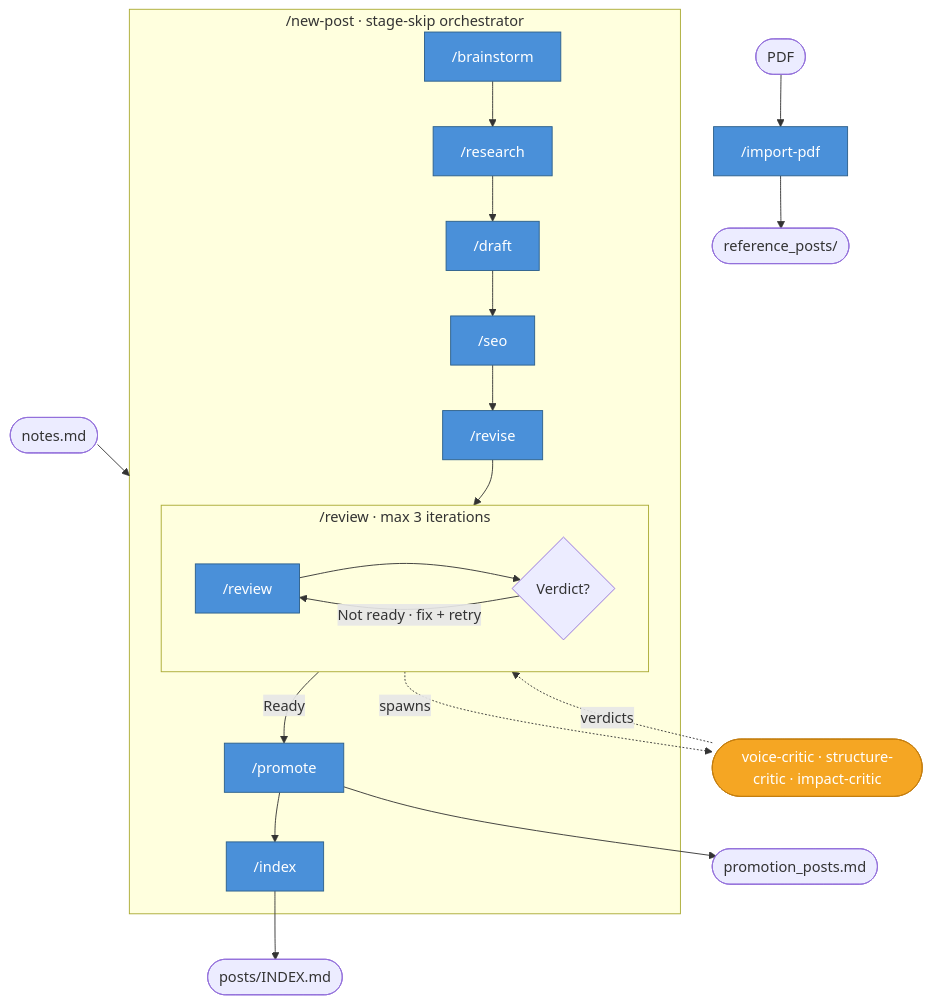
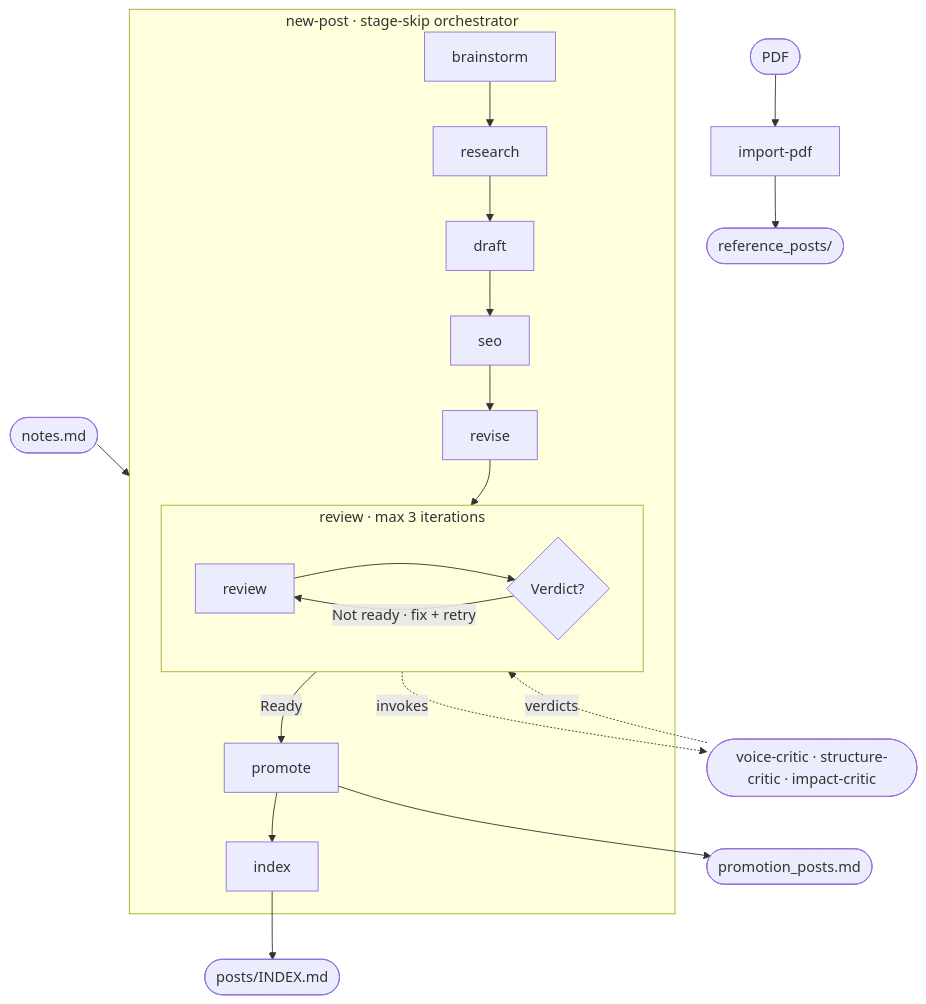
One commit to JoseParrenoGarcia/newsletter-engine changed the diagram in README.md. Above: the diagram before and after it, drawn with Mermaid. The commit also changed other lines of this file and 8 other files, not shown here.

````diff
--- a/README.md
+++ b/README.md
@@ -9,35 +7,30 @@
 ```mermaid
 flowchart TD
-    PDF([PDF]) --> IP["/import-pdf"]
+    PDF([PDF]) --> IP[import-pdf]
     IP --> RP([reference_posts/])
 
     NOTES([notes.md]) --> NP
 
-    subgraph NP ["/new-post  ·  stage-skip orchestrator"]
-        B["/brainstorm"] --> C["/research"]
-        C --> D["/draft"]
-        D --> E["/seo"]
-        E --> F["/revise"]
+    subgraph NP [new-post · stage-skip orchestrator]
+        B[brainstorm] --> C[research]
+        C --> D[draft]
+        D --> E[seo]
+        E --> F[revise]
         F --> RLOOP
 
-        subgraph RLOOP ["/review  ·  max 3 iterations"]
+        subgraph RLOOP [review · max 3 iterations]
             direction LR
-            G["/review"] --> VRD{Verdict?}
+            G[review] --> VRD{Verdict?}
             VRD -- "Not ready · fix + retry" --> G
         end
 
-        VRD -- Ready --> PR["/promote"]
-        PR --> IDX["/index"]
+        VRD -- Ready --> PR[promote]
+        PR --> IDX[index]
     end
 
-    G -.->|spawns| CRITICS(["voice-critic · structure-critic · impact-critic"])
+    G -.->|invokes| CRITICS([voice-critic · structure-critic · impact-critic])
     CRITICS -.->|verdicts| G
 
     PR --> BUNDLE([promotion_posts.md])
     IDX --> IDXF([posts/INDEX.md])
-
-    classDef skill fill:#4A90D9,stroke:#2C5F8A,color:#fff
-    classDef agent fill:#F5A623,stroke:#C47D0E,color:#fff
-    class B,C,D,E,F,G,PR,IP,IDX skill
-    class CRITICS agent
 ```
````
